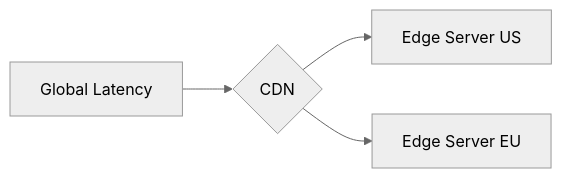
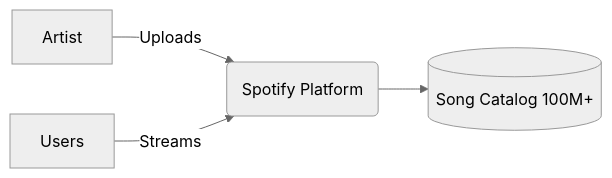
One commit to IshanDigra/HLD-Content changed the first of 2 diagrams in 19-Interview_Question/04) Media Streaming & Delivery/Easy/01_Spotify/Problem.md. Above: the diagram before and after it, drawn with Mermaid (neutral theme). The commit also changed other lines of this file and 29 other files, not shown here.

First line of the commit message:
Address PR feedback: Add TOC, Diagrams, and BOE calculations

````diff
--- a/19-Interview_Question/04) Media Streaming & Delivery/Easy/01_Spotify/Problem.md
+++ b/19-Interview_Question/04) Media Streaming & Delivery/Easy/01_Spotify/Problem.md
@@ -173,6 +4,6 @@
 ```mermaid
 graph LR
-    A[Global Latency] --> B{CDN}
-    B --> C[Edge Server US]
-    B --> D[Edge Server EU]
+    A[Artist] -->|Uploads| B(Spotify Platform)
+    C[Users] -->|Streams| B
+    B --> D[(Song Catalog 100M+)]
 ```
````
